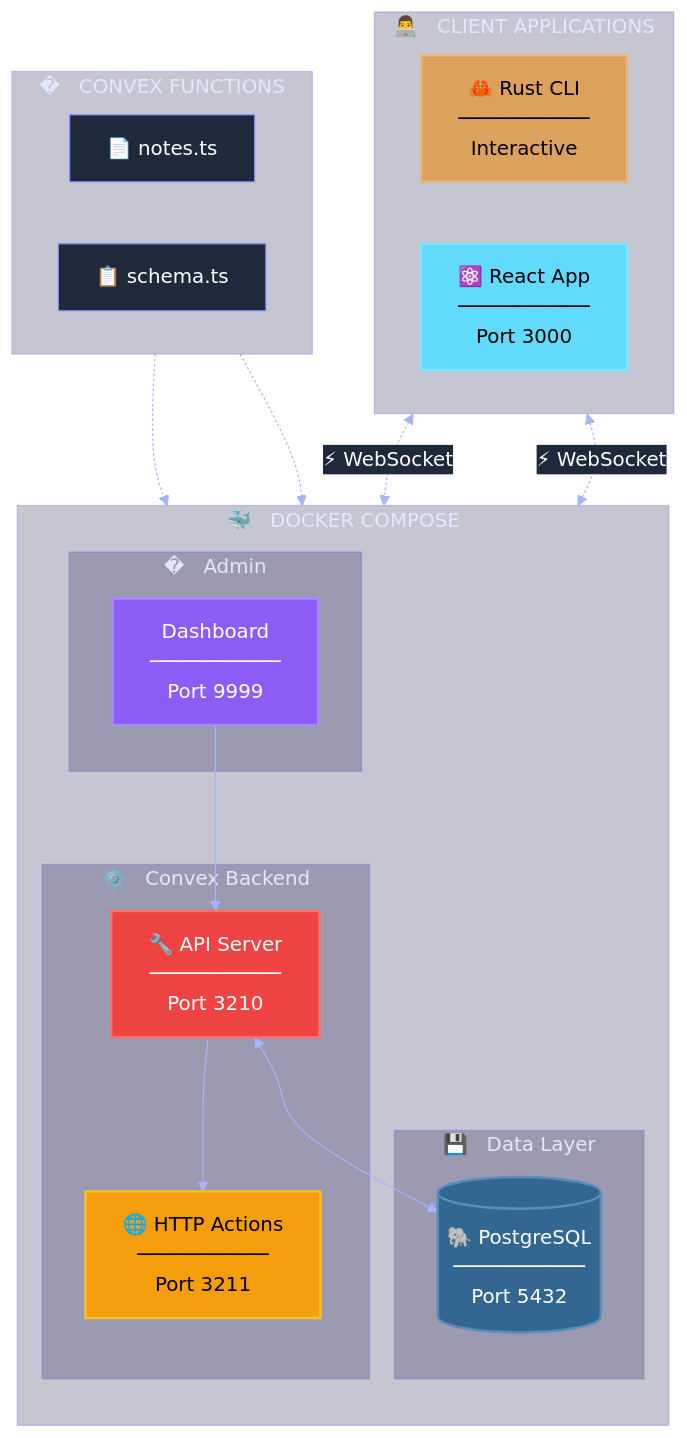
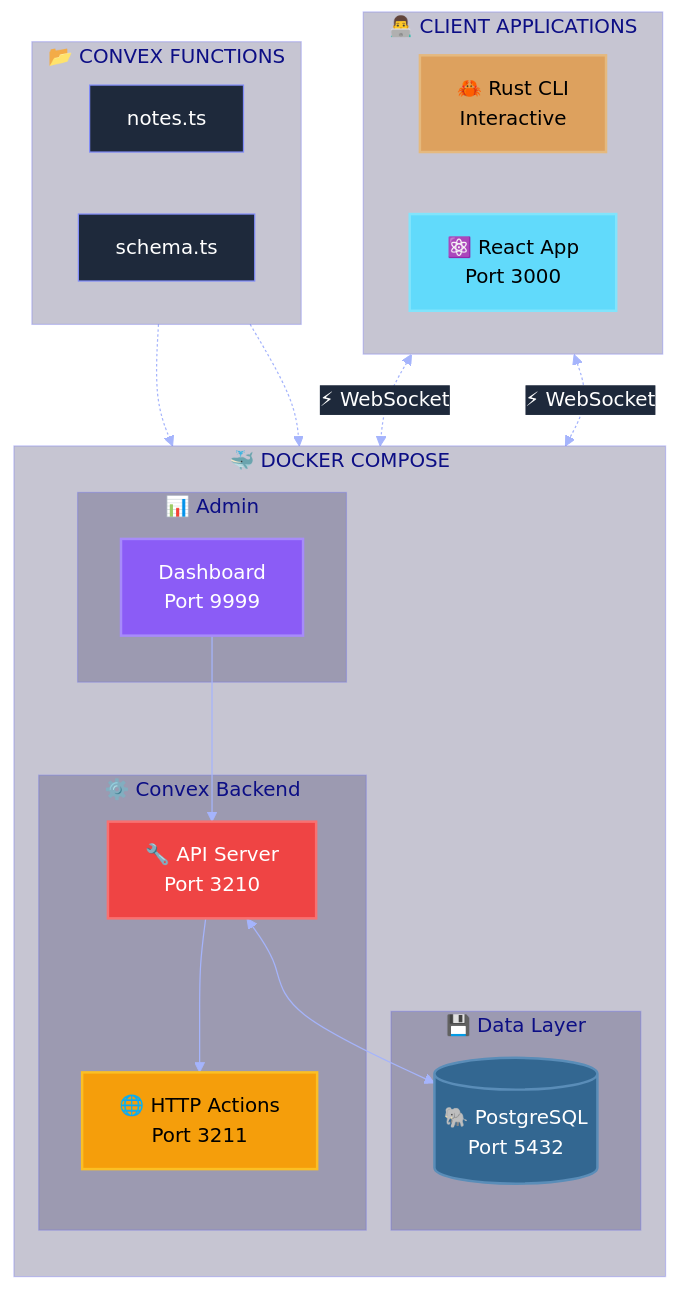
One commit to sabry-awad97/convex-notes changed the first of 5 diagrams in README.md. Above: the diagram before and after it, drawn with Mermaid. The commit also changed other lines of this file and 32 other files, not shown here.

````diff
--- a/README.md
+++ b/README.md
@@ -95,48 +99,48 @@
 ```mermaid
-%%{init: {'theme': 'base', 'themeVariables': { 'primaryColor': '#6366f1', 'primaryTextColor': '#fff', 'primaryBorderColor': '#818cf8', 'lineColor': '#a5b4fc', 'secondaryColor': '#1e1b4b', 'tertiaryColor': '#312e81', 'background': '#0f172a', 'mainBkg': '#1e293b', 'nodeBorder': '#818cf8', 'clusterBkg': '#1e1b4b40', 'clusterBorder': '#6366f150', 'titleColor': '#e0e7ff', 'edgeLabelBackground': '#1e293b'}}}%%
+%%{init: {'theme': 'base', 'themeVariables': { 'primaryColor': '#6366f1', 'primaryTextColor': '#fff', 'primaryBorderColor': '#818cf8', 'lineColor': '#a5b4fc', 'secondaryColor': '#1e1b4b', 'background': '#0f172a', 'mainBkg': '#1e293b', 'nodeBorder': '#818cf8', 'clusterBkg': '#1e1b4b40', 'clusterBorder': '#6366f150', 'edgeLabelBackground': '#1e293b'}}}%%
 
 flowchart TB
-    subgraph DOCKER["🐳 &nbsp; DOCKER COMPOSE"]
+    subgraph DOCKER["🐳 DOCKER COMPOSE"]
         direction TB
 
-        subgraph DB_LAYER["💾 &nbsp; Data Layer"]
-            PG[("🐘 PostgreSQL<br/>───────────<br/>Port 5432")]
+        subgraph DB_LAYER["💾 Data Layer"]
+            PG[("🐘 PostgreSQL<br/>Port 5432")]
         end
 
-        subgraph CONVEX["⚙️ &nbsp; Convex Backend"]
-            API["🔧 API Server<br/>───────────<br/>Port 3210"]
-            HTTP["🌐 HTTP Actions<br/>───────────<br/>Port 3211"]
+        subgraph CONVEX["⚙️ Convex Backend"]
+            API["🔧 API Server<br/>Port 3210"]
+            HTTP["🌐 HTTP Actions<br/>Port 3211"]
         end
 
-        subgraph ADMIN["� &nbsp; Admin"]
-            DASH["Dashboard<br/>───────────<br/>Port 9999"]
+        subgraph ADMIN["📊 Admin"]
+            DASH["Dashboard<br/>Port 9999"]
         end
     end
 
-    subgraph CLIENTS["👨‍💻 &nbsp; CLIENT APPLICATIONS"]
+    subgraph CLIENTS["👨‍💻 CLIENT APPLICATIONS"]
         direction LR
-        RUST["🦀 Rust CLI<br/>───────────<br/>Interactive"]
-        REACT["⚛️ React App<br/>───────────<br/>Port 3000"]
+        RUST["🦀 Rust CLI<br/>Interactive"]
+        REACT["⚛️ React App<br/>Port 3000"]
     end
 
-    subgraph FUNCTIONS["� &nbsp; CONVEX FUNCTIONS"]
+    subgraph FUNCTIONS["📂 CONVEX FUNCTIONS"]
         direction LR
-        NOTES["📄 notes.ts"]
-        SCHEMA["📋 schema.ts"]
+        NOTES["notes.ts"]
+        SCHEMA["schema.ts"]
     end
 
     RUST <-. "⚡ WebSocket" .-> API
     REACT <-. "⚡ WebSocket" .-> API
     API <--> PG
     API --> HTTP
     DASH --> API
     NOTES -.-> API
     SCHEMA -.-> API
 
     style PG fill:#336791,stroke:#5A8DB8,stroke-width:2px,color:#fff
     style API fill:#ef4444,stroke:#f87171,stroke-width:2px,color:#fff
     style HTTP fill:#f59e0b,stroke:#fbbf24,stroke-width:2px,color:#000
     style DASH fill:#8b5cf6,stroke:#a78bfa,stroke-width:2px,color:#fff
     style RUST fill:#dda15e,stroke:#e5b97e,stroke-width:2px,color:#000
     style REACT fill:#61dafb,stroke:#81e4fc,stroke-width:2px,color:#000
 ```
````
